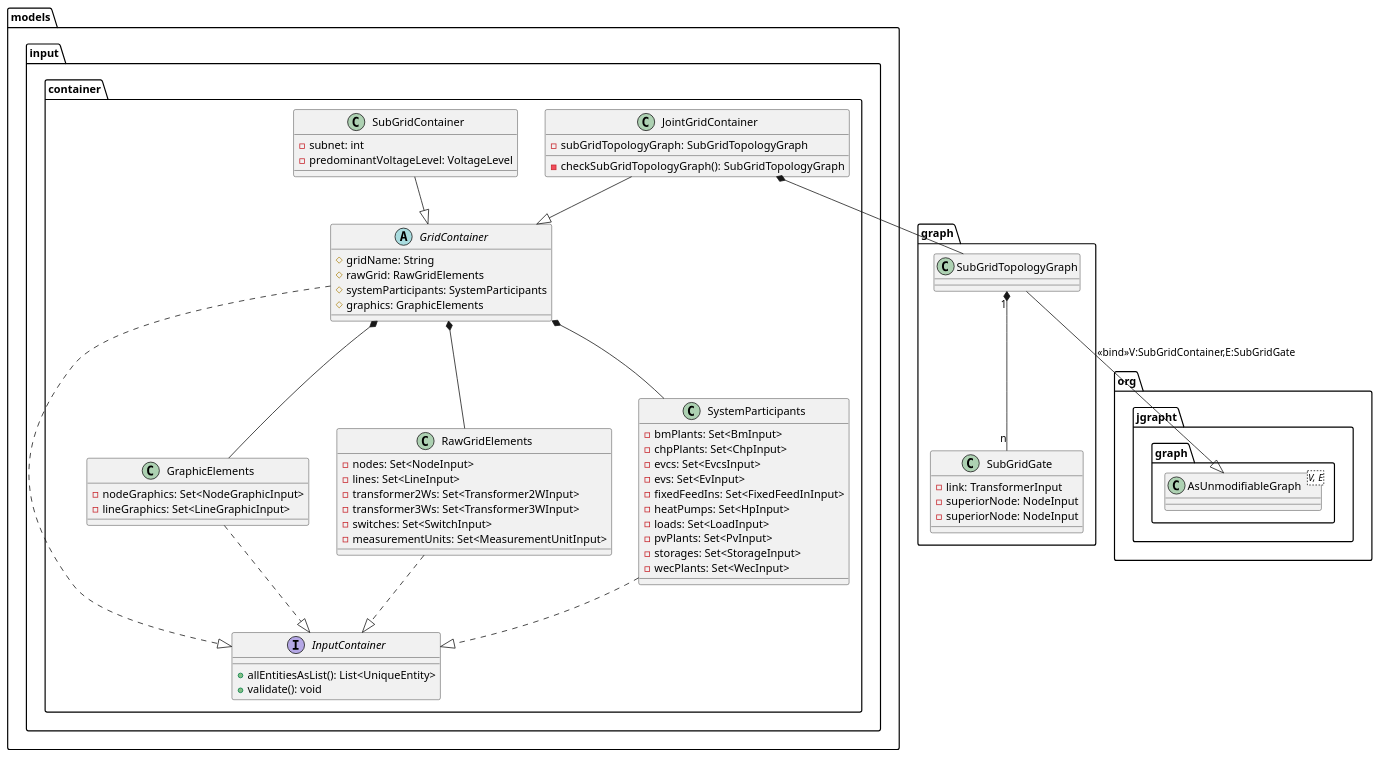
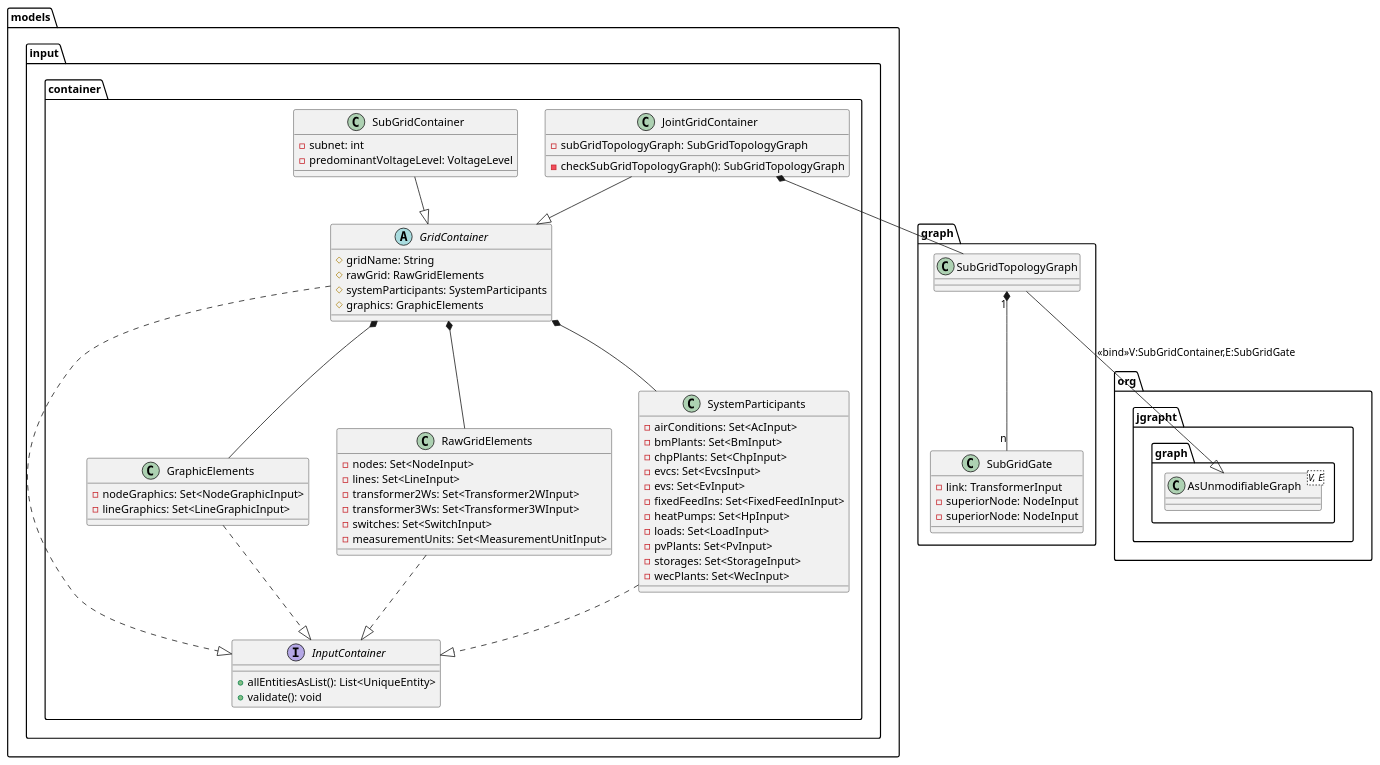
One commit to ie3-institute/PowerSystemDataModel changed the diagram in docs/uml/main/input/ModelContainerConcept.puml. Above: the diagram before and after it, drawn with PlantUML. The commit also changed 44 other files, not shown here.

```diff
--- a/docs/uml/main/input/ModelContainerConcept.puml
+++ b/docs/uml/main/input/ModelContainerConcept.puml
@@ -1,80 +1,81 @@
 @startuml
 
 package org.jgrapht.graph {
     class AsUnmodifiableGraph<V, E>
 }
 
 package graph {
     class SubGridGate {
         - link: TransformerInput
         - superiorNode: NodeInput
         - superiorNode: NodeInput
     }
 
     class SubGridTopologyGraph {
     }
     SubGridTopologyGraph --|> AsUnmodifiableGraph: <<bind>>V:SubGridContainer,E:SubGridGate
     SubGridTopologyGraph "1" *-- "n" SubGridGate
 }
 
 package models.input.container {
     interface InputContainer {
         + allEntitiesAsList(): List<UniqueEntity>
         + validate(): void
     }
 
     class GraphicElements {
         - nodeGraphics: Set<NodeGraphicInput>
         - lineGraphics: Set<LineGraphicInput>
     }
     GraphicElements ..|> InputContainer
 
     class RawGridElements {
         - nodes: Set<NodeInput>
         - lines: Set<LineInput>
         - transformer2Ws: Set<Transformer2WInput>
         - transformer3Ws: Set<Transformer3WInput>
         - switches: Set<SwitchInput>
         - measurementUnits: Set<MeasurementUnitInput>
     }
     RawGridElements ..|> InputContainer
 
     class SystemParticipants {
+        - airConditions: Set<AcInput>
         - bmPlants: Set<BmInput>
         - chpPlants: Set<ChpInput>
         - evcs: Set<EvcsInput>
         - evs: Set<EvInput>
         - fixedFeedIns: Set<FixedFeedInInput>
         - heatPumps: Set<HpInput>
         - loads: Set<LoadInput>
         - pvPlants: Set<PvInput>
         - storages: Set<StorageInput>
         - wecPlants: Set<WecInput>
     }
     SystemParticipants ..|> InputContainer
 
     abstract class GridContainer {
         # gridName: String
         # rawGrid: RawGridElements
         # systemParticipants: SystemParticipants
         # graphics: GraphicElements
     }
     GridContainer ..|> InputContainer
     GridContainer *-- RawGridElements
     GridContainer *-- SystemParticipants
     GridContainer *-- GraphicElements
 
     class JointGridContainer {
         - subGridTopologyGraph: SubGridTopologyGraph
         - checkSubGridTopologyGraph(): SubGridTopologyGraph
     }
     JointGridContainer --|> GridContainer
     JointGridContainer *-- SubGridTopologyGraph
 
     class SubGridContainer {
         - subnet: int
         - predominantVoltageLevel: VoltageLevel
     }
     SubGridContainer --|> GridContainer
 }
 @enduml
```
